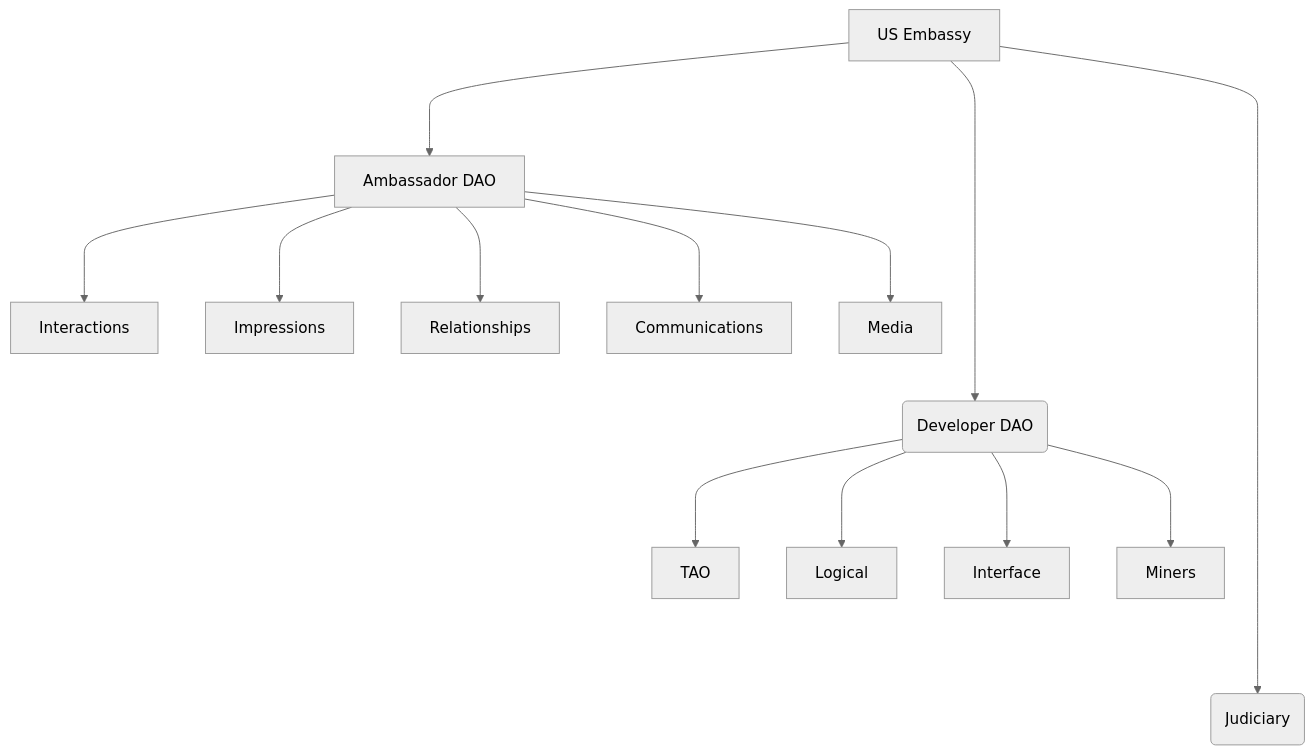
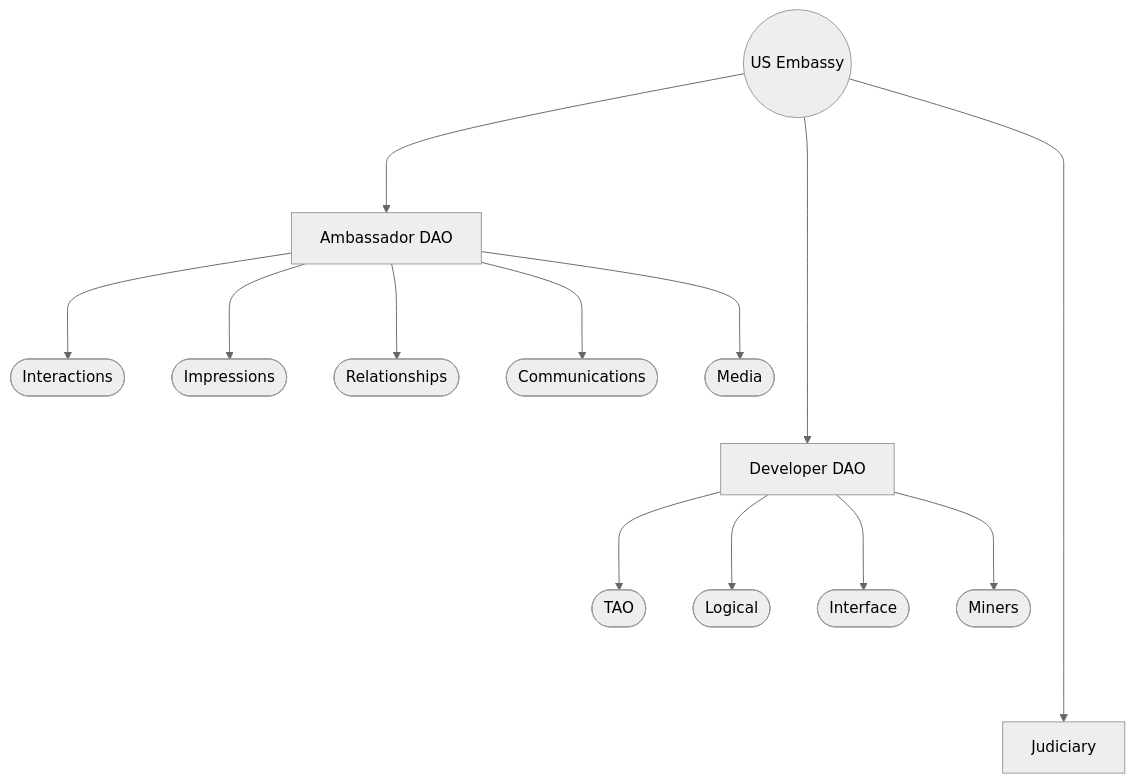
Before and after one commit to Interactions-Nexus/Nexus-Wiki: the diagram in dao/org-chart.md, drawn with Mermaid (neutral theme). The commit also changed other lines of this file, not shown here.

Commit message:
docs: update dao/org-chart

````diff
--- a/dao/org-chart.md
+++ b/dao/org-chart.md
@@ -16,16 +16,16 @@
 ```mermaid
 flowchart TD
-    A[US Embassy]
+    A((US Embassy))
     A--->B[Ambassador DAO];
-    A------>C(Developer DAO);
-    A---------->D(Judiciary);
-    B--->E[Interactions]
-    B--->F[Impressions]
-    B--->G[Relationships]
-    B--->H[Communications]
-    B--->I[Media]
-    C--->J[TAO]
-    C--->K[Logical]
-    C--->L[Interface]
-    C--->M[Miners]
+    A------>C[Developer DAO];
+    A---------->D[Judiciary];
+    B--->E([Interactions])
+    B--->F([Impressions])
+    B--->G([Relationships])
+    B--->H([Communications])
+    B--->I([Media])
+    C--->J([TAO])
+    C--->K([Logical])
+    C--->L([Interface])
+    C--->M([Miners])
 ```
````
